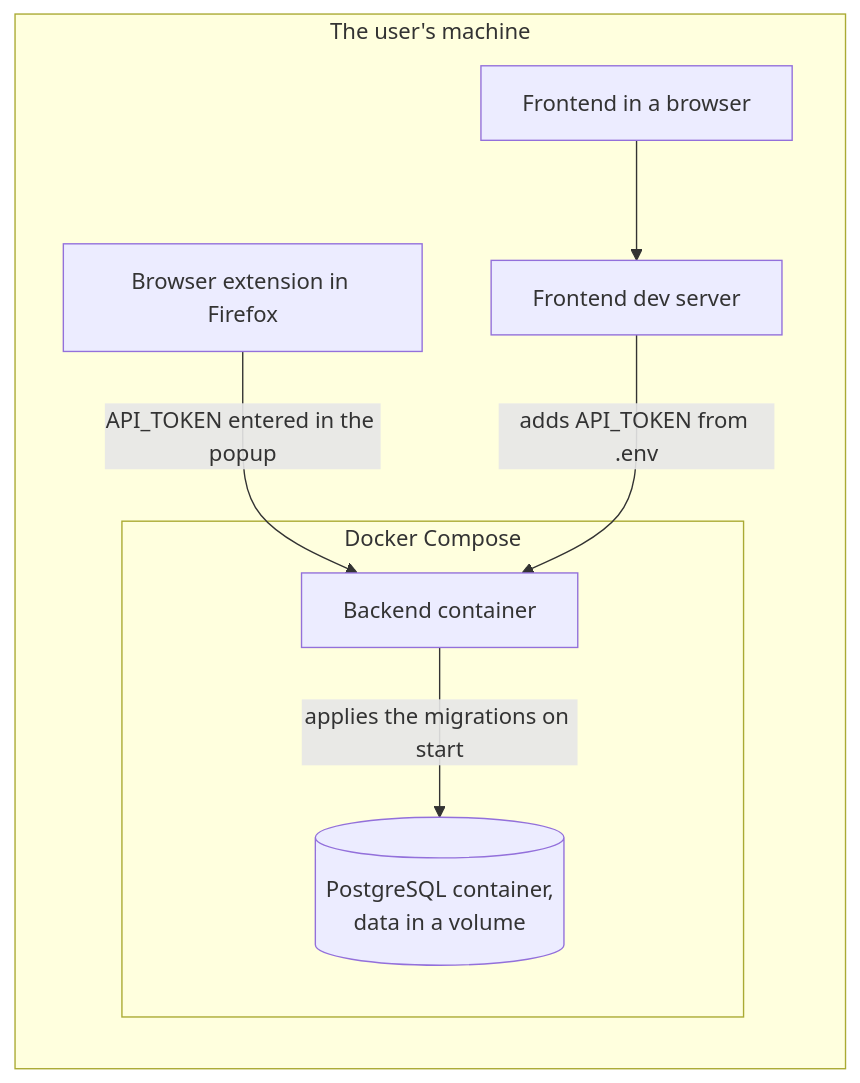
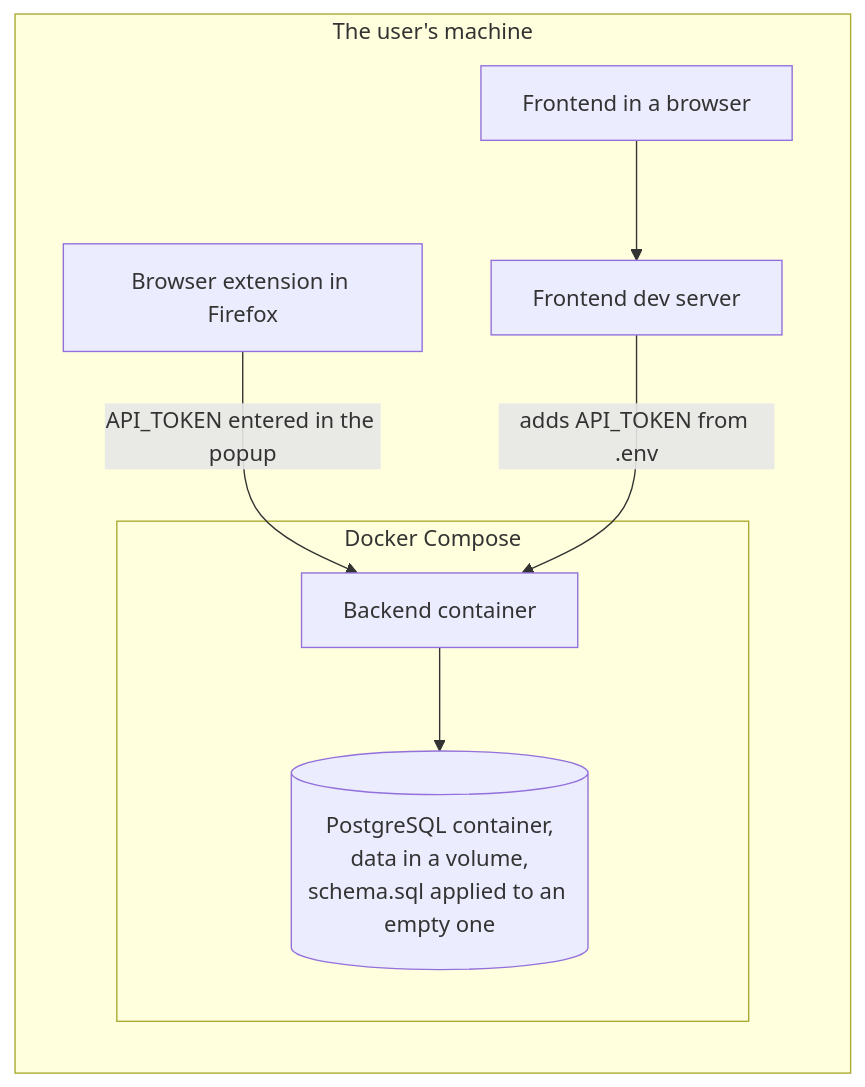
The diagram in docs/contract/hosting.md (lennartmoeller/finance-tracker), drawn with Mermaid before and after one commit. The commit also changed 132 other files, not shown here.

````diff
--- a/docs/contract/hosting.md
+++ b/docs/contract/hosting.md
@@ -3,16 +3,16 @@
 ```mermaid
 flowchart LR
   subgraph machine["The user's machine"]
     subgraph compose["Docker Compose"]
       backend["Backend container"]
-      postgres[("PostgreSQL container,<br/>data in a volume")]
+      postgres[("PostgreSQL container,<br/>data in a volume,<br/>schema.sql applied to an empty one")]
     end
     extension["Browser extension in Firefox"]
     vite["Frontend dev server"]
     page["Frontend in a browser"]
   end
   extension -- "API_TOKEN entered in the popup" --> backend
   page --> vite
   vite -- "adds API_TOKEN from .env" --> backend
-  backend -- "applies the migrations on start" --> postgres
+  backend --> postgres
 ```
````
